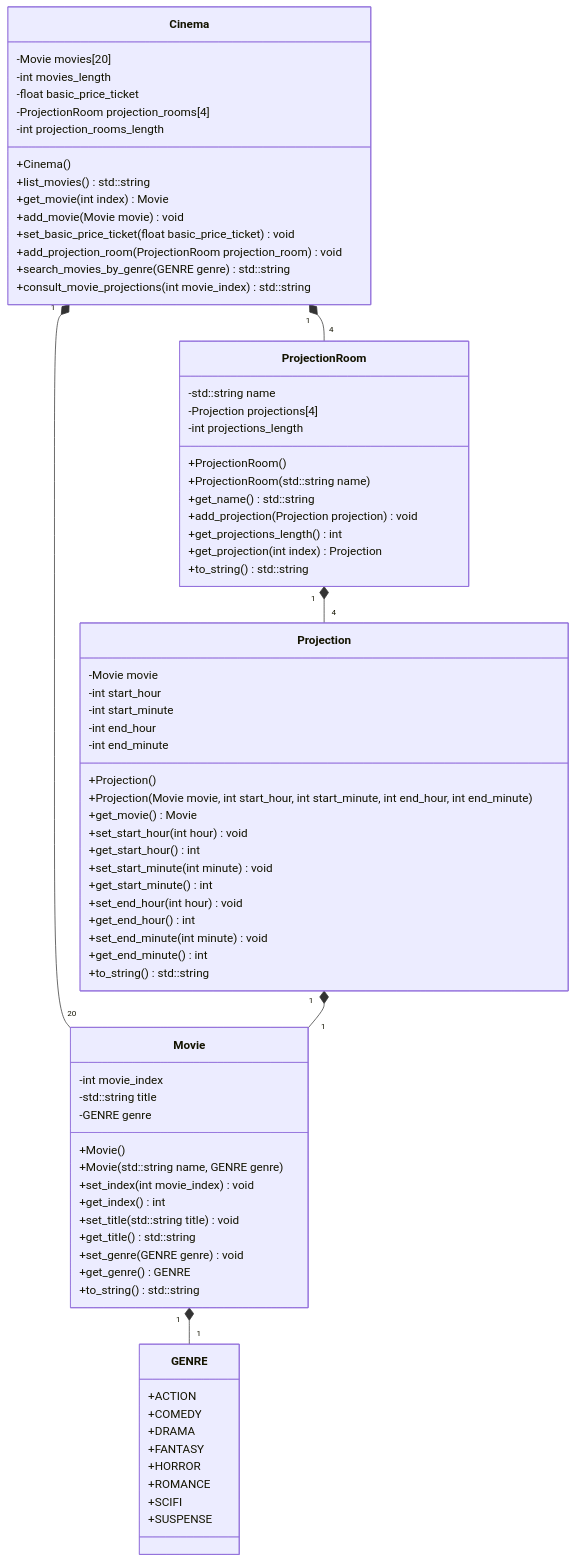
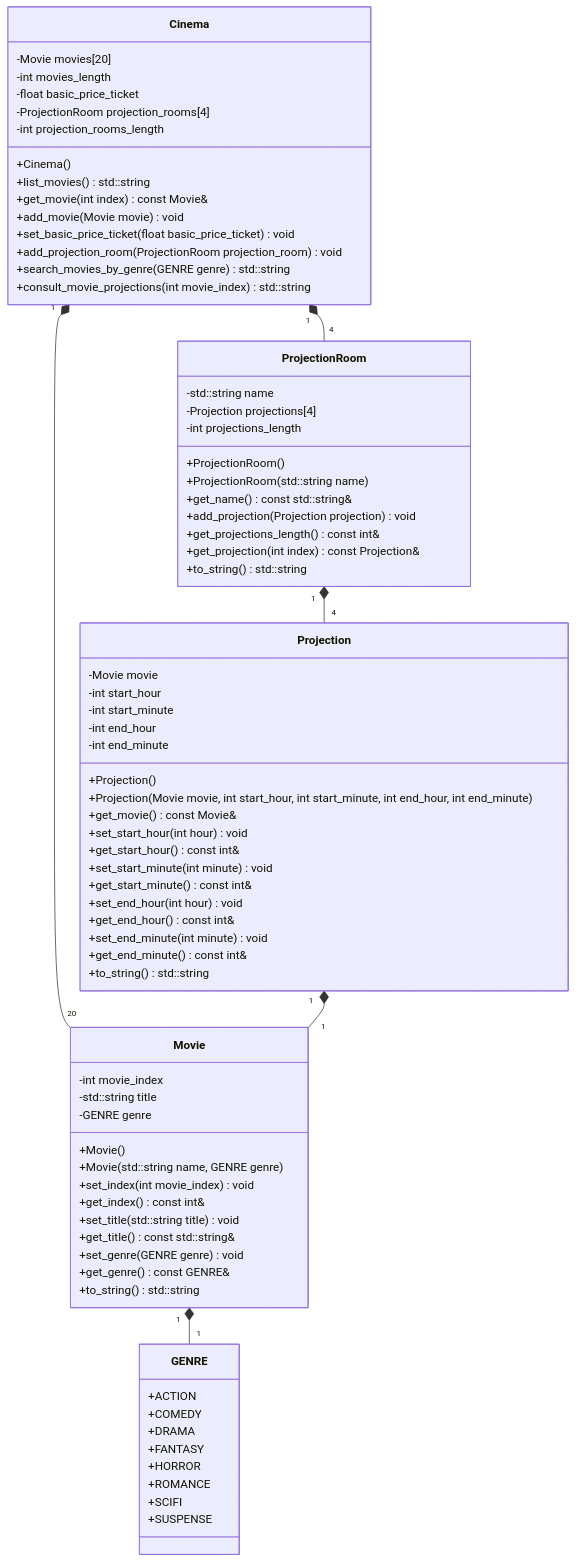
Before and after one commit to Br4z/C_plus_plus: the diagram in cinema/README.md, drawn with Mermaid. The commit also changed other lines of this file and 51 other files, not shown here.

````diff
--- a/cinema/README.md
+++ b/cinema/README.md
@@ -43,83 +39,83 @@
 ```mermaid
 classDiagram
-    class Cinema {
-        -Movie movies[20]
-        -int movies_length
-        -float basic_price_ticket
-        -ProjectionRoom projection_rooms[4]
-        -int projection_rooms_length
-        +Cinema()
-        +list_movies() std::string
-        +get_movie(int index) Movie
-        +add_movie(Movie movie) void
-        +set_basic_price_ticket(float basic_price_ticket) void
-        +add_projection_room(ProjectionRoom projection_room) void
-        +search_movies_by_genre(GENRE genre) std::string
-        +consult_movie_projections(int movie_index) std::string
-    }
+	class Cinema {
+		-Movie movies[20]
+		-int movies_length
+		-float basic_price_ticket
+		-ProjectionRoom projection_rooms[4]
+		-int projection_rooms_length
+		+Cinema()
+		+list_movies() std::string
+		+get_movie(int index) const Movie&
+		+add_movie(Movie movie) void
+		+set_basic_price_ticket(float basic_price_ticket) void
+		+add_projection_room(ProjectionRoom projection_room) void
+		+search_movies_by_genre(GENRE genre) std::string
+		+consult_movie_projections(int movie_index) std::string
+	}
 
-    class Movie {
-        -int movie_index
-        -std::string title
-        -GENRE genre
-        +Movie()
-        +Movie(std::string name, GENRE genre)
-        +set_index(int movie_index) void
-        +get_index() int
-        +set_title(std::string title) void
-        +get_title() std::string
-        +set_genre(GENRE genre) void
-        +get_genre() GENRE
-        +to_string() std::string
-    }
+	class Movie {
+		-int movie_index
+		-std::string title
+		-GENRE genre
+		+Movie()
+		+Movie(std::string name, GENRE genre)
+		+set_index(int movie_index) void
+		+get_index() const int&
+		+set_title(std::string title) void
+		+get_title() const std::string&
+		+set_genre(GENRE genre) void
+		+get_genre() const GENRE&
+		+to_string() std::string
+	}
 
-    class Projection {
-        -Movie movie
-        -int start_hour
-        -int start_minute
-        -int end_hour
-        -int end_minute
-        +Projection()
-        +Projection(Movie movie, int start_hour, int start_minute, int end_hour, int end_minute)
-        +get_movie() Movie
-        +set_start_hour(int hour) void
-        +get_start_hour() int
-        +set_start_minute(int minute) void
-        +get_start_minute() int
-        +set_end_hour(int hour) void
-        +get_end_hour() int
-        +set_end_minute(int minute) void
-        +get_end_minute() int
-        +to_string() std::string
-    }
+	class Projection {
+		-Movie movie
+		-int start_hour
+		-int start_minute
+		-int end_hour
+		-int end_minute
+		+Projection()
+		+Projection(Movie movie, int start_hour, int start_minute, int end_hour, int end_minute)
+		+get_movie() const Movie&
+		+set_start_hour(int hour) void
+		+get_start_hour() const int&
+		+set_start_minute(int minute) void
+		+get_start_minute() const int&
+		+set_end_hour(int hour) void
+		+get_end_hour() const int&
+		+set_end_minute(int minute) void
+		+get_end_minute() const int&
+		+to_string() std::string
+	}
 
-    class ProjectionRoom {
-        -std::string name
-        -Projection projections[4]
-        -int projections_length
-        +ProjectionRoom()
-        +ProjectionRoom(std::string name)
-        +get_name() std::string
-        +add_projection(Projection projection) void
-        +get_projections_length() int
-        +get_projection(int index) Projection
-        +to_string() std::string
-    }
+	class ProjectionRoom {
+		-std::string name
+		-Projection projections[4]
+		-int projections_length
+		+ProjectionRoom()
+		+ProjectionRoom(std::string name)
+		+get_name() const std::string&
+		+add_projection(Projection projection) void
+		+get_projections_length() const int&
+		+get_projection(int index) const Projection&
+		+to_string() std::string
+	}
 
-    class GENRE {
-        +ACTION
-        +COMEDY
-        +DRAMA
-        +FANTASY
-        +HORROR
-        +ROMANCE
-        +SCIFI
-        +SUSPENSE
-    }
+	class GENRE {
+		+ACTION
+		+COMEDY
+		+DRAMA
+		+FANTASY
+		+HORROR
+		+ROMANCE
+		+SCIFI
+		+SUSPENSE
+	}
 
-    Cinema "1" *-- "20" Movie
-    Cinema "1" *-- "4" ProjectionRoom
-    ProjectionRoom "1" *-- "4" Projection
-    Projection "1" *-- "1" Movie
-    Movie "1" *-- "1" GENRE
+	Cinema "1" *-- "20" Movie
+	Cinema "1" *-- "4" ProjectionRoom
+	ProjectionRoom "1" *-- "4" Projection
+	Projection "1" *-- "1" Movie
+	Movie "1" *-- "1" GENRE
 ```
````
